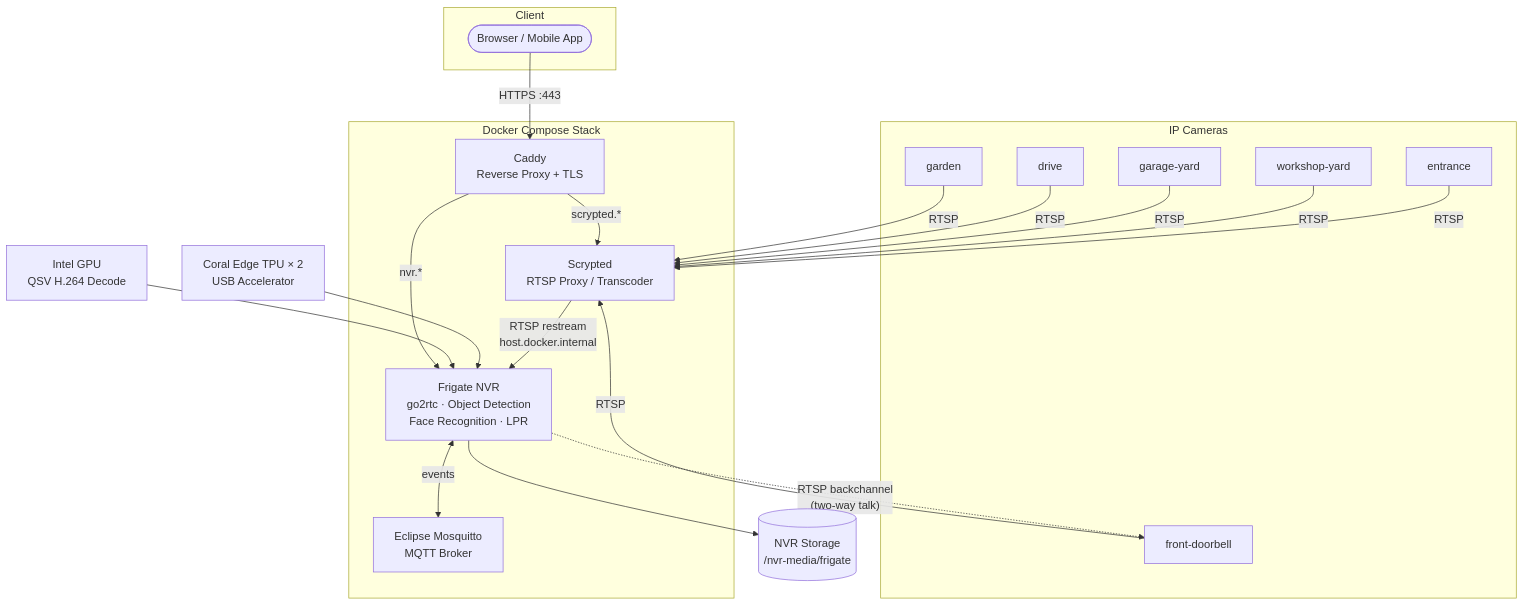
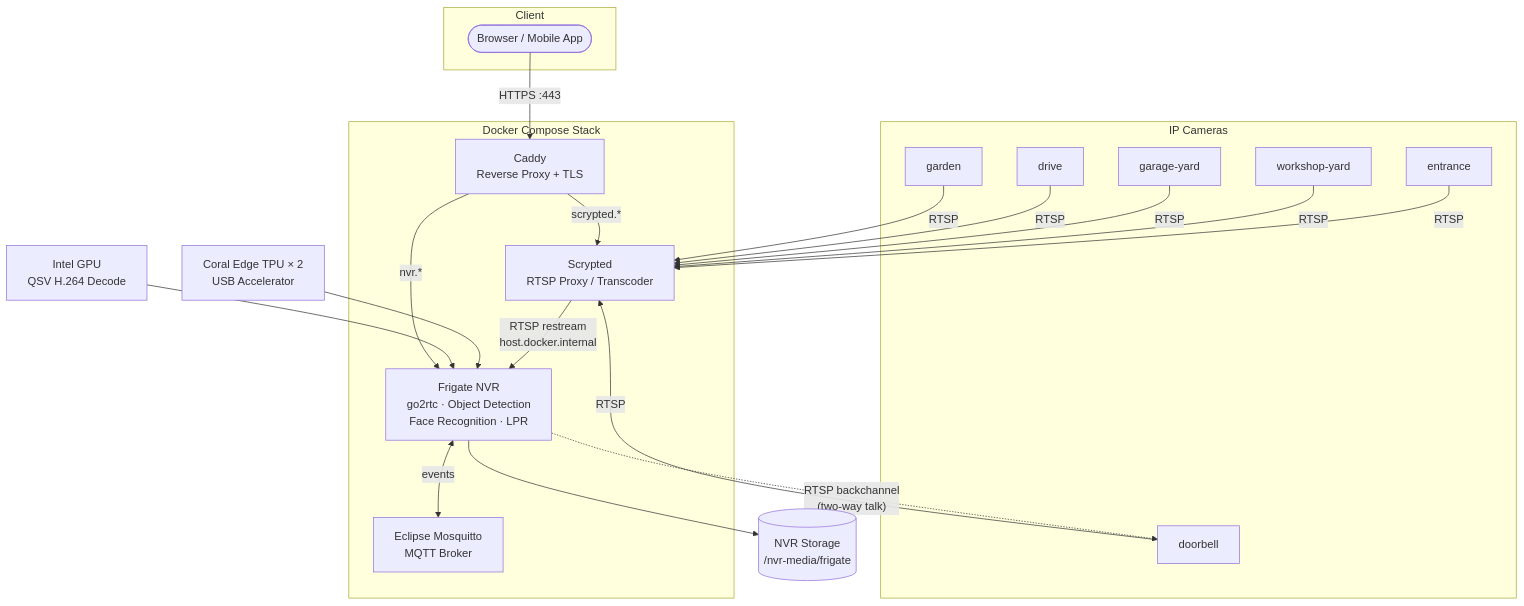
Before and after one commit to gitgc/home-nvr-detection: the diagram in README.md, drawn with Mermaid. The commit also changed 1 other file, not shown here.

Commit message:
Rename front-doorbell camera to doorbell in Frigate config

````diff
--- a/README.md
+++ b/README.md
@@ -7,38 +7,38 @@
 ```mermaid
 graph TB
     subgraph Cameras["IP Cameras"]
         C1[entrance]
         C2[workshop-yard]
         C3[garage-yard]
         C4[drive]
         C5[garden]
-        C6[front-doorbell]
+        C6[doorbell]
     end
 
     subgraph Stack["Docker Compose Stack"]
         Scrypted["Scrypted<br>RTSP Proxy / Transcoder"]
         Frigate["Frigate NVR<br>go2rtc · Object Detection<br>Face Recognition · LPR"]
         MQTT["Eclipse Mosquitto<br>MQTT Broker"]
         Caddy["Caddy<br>Reverse Proxy + TLS"]
     end
 
     subgraph Client["Client"]
         User(["Browser / Mobile App"])
     end
 
     TPU["Coral Edge TPU × 2<br>USB Accelerator"]
     GPU["Intel GPU<br>QSV H.264 Decode"]
     Disk[("NVR Storage<br>/nvr-media/frigate")]
 
     C1 & C2 & C3 & C4 & C5 & C6 -->|RTSP| Scrypted
     Scrypted -->|"RTSP restream<br>host.docker.internal"| Frigate
     Frigate -.->|"RTSP backchannel<br>(two-way talk)"| C6
     Frigate <-->|events| MQTT
     TPU & GPU --> Frigate
     Frigate --> Disk
 
     User -->|"HTTPS :443"| Caddy
     Caddy -->|"nvr.*"| Frigate
     Caddy -->|"scrypted.*"| Scrypted
 
 ```
````
